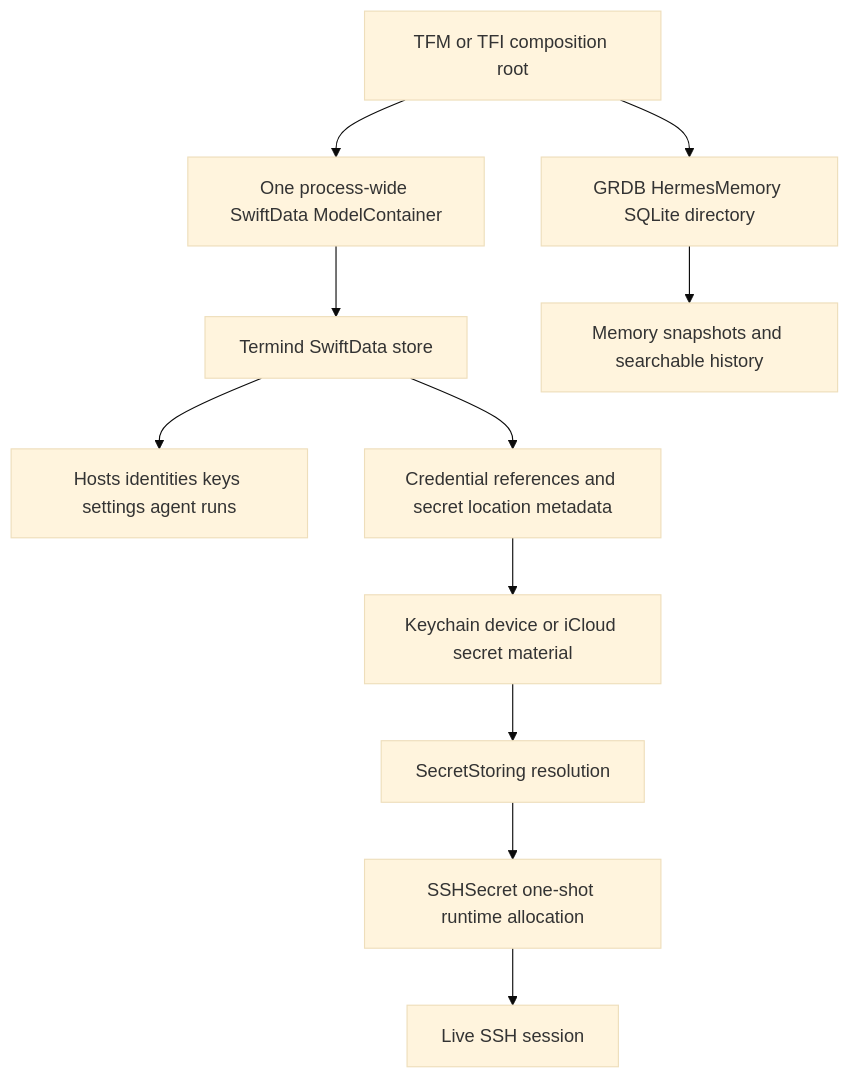
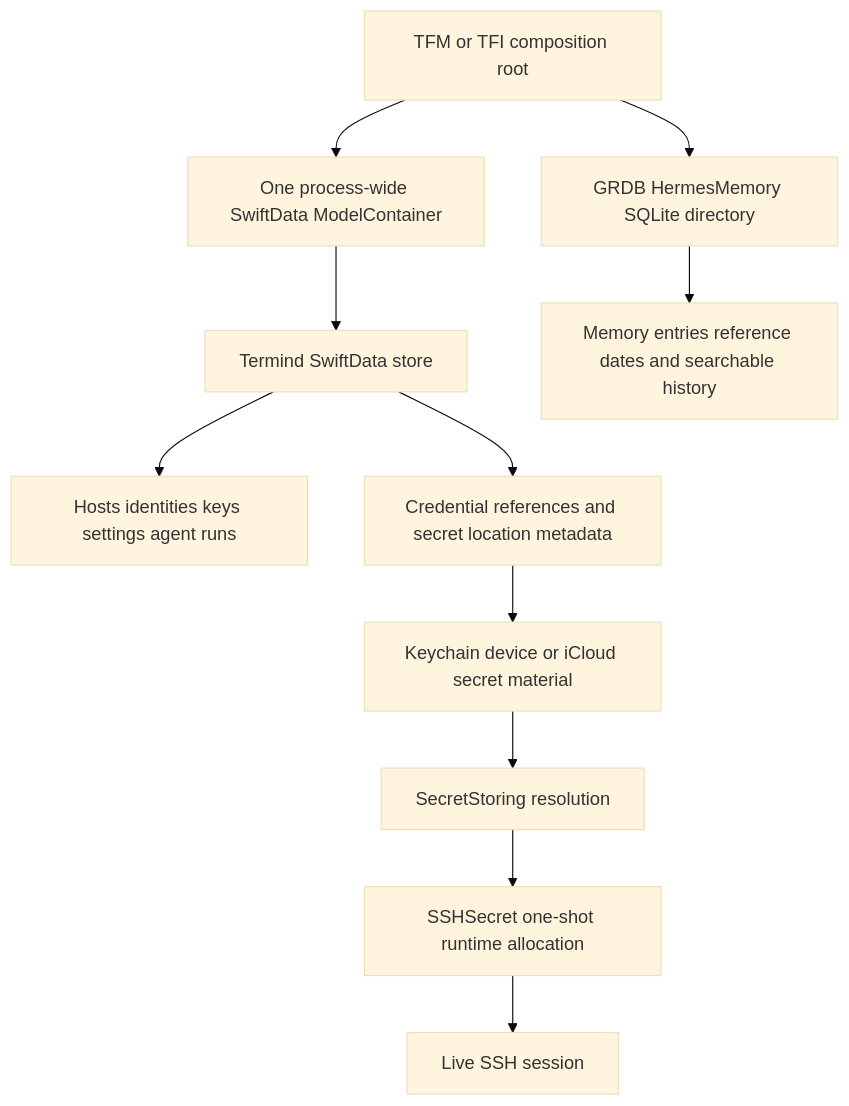
One commit to AkinoKaede/Termind changed the first of 3 diagrams in openwiki/concepts/persistence-and-secrets.md. Above: the diagram before and after it, drawn with Mermaid (base theme). The commit also changed other lines of this file and 51 other files, not shown here.

````diff
--- a/openwiki/concepts/persistence-and-secrets.md
+++ b/openwiki/concepts/persistence-and-secrets.md
@@ -113,13 +115,13 @@
 ```mermaid
 flowchart TD
     App["TFM or TFI composition root"] --> Container["One process-wide SwiftData ModelContainer"]
     Container --> SwiftData["Termind SwiftData store"]
     SwiftData --> Metadata["Hosts identities keys settings agent runs"]
     SwiftData --> References["Credential references and secret location metadata"]
     References --> Keychain["Keychain device or iCloud secret material"]
     App --> GRDB["GRDB HermesMemory SQLite directory"]
-    GRDB --> Memory["Memory snapshots and searchable history"]
+    GRDB --> Memory["Memory entries reference dates and searchable history"]
     Keychain --> Resolver["SecretStoring resolution"]
     Resolver --> Runtime["SSHSecret one-shot runtime allocation"]
     Runtime --> Session["Live SSH session"]
 ```
````
